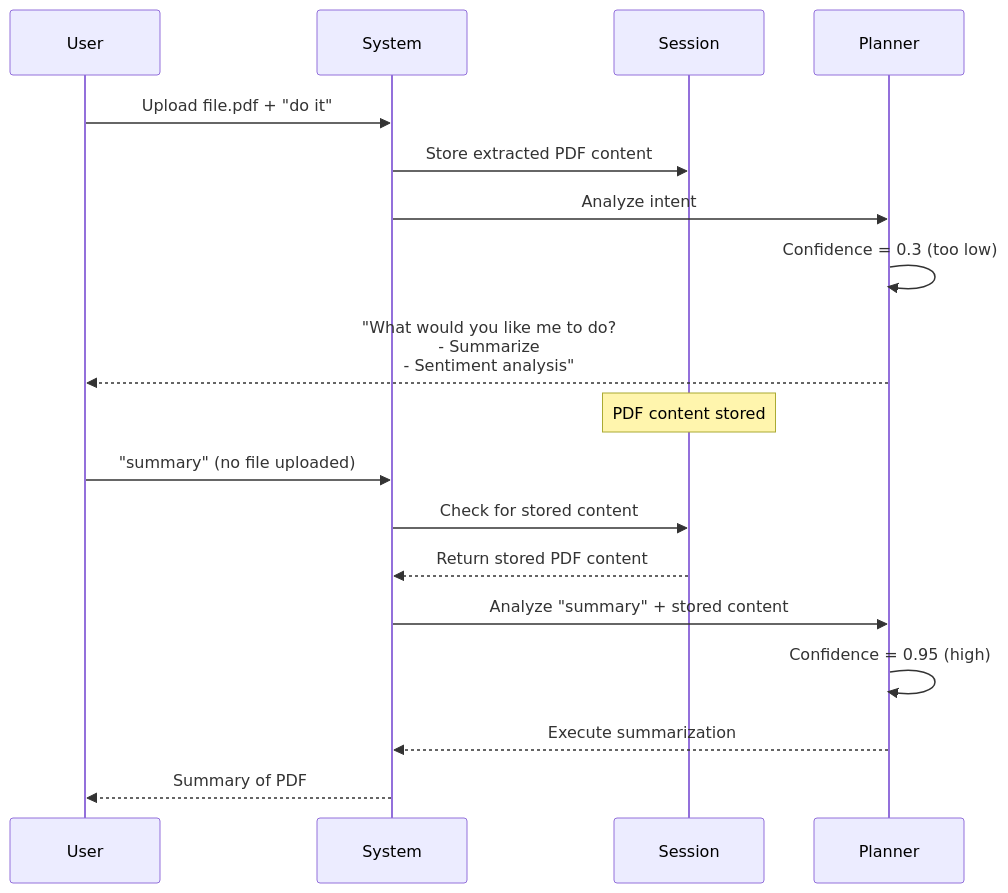
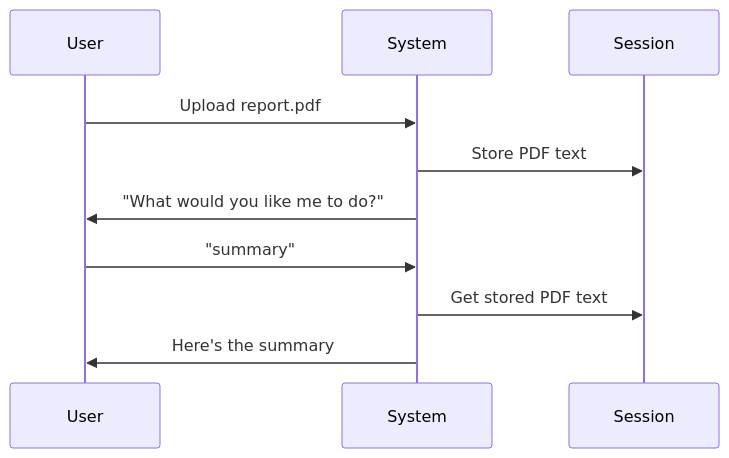
The fifth of 7 diagrams in ARCHITECTURE.md (aryan-balodi/DSAI), drawn with Mermaid before and after one commit. The commit also changed other lines of this file and 1 other file, not shown here.

````diff
--- a/ARCHITECTURE.md
+++ b/ARCHITECTURE.md
@@ -364,23 +87,9 @@
 ```mermaid
 sequenceDiagram
-    participant User
-    participant System
-    participant Session
-    participant Planner
-    
-    User->>System: Upload file.pdf + "do it"
-    System->>Session: Store extracted PDF content
-    System->>Planner: Analyze intent
-    Planner->>Planner: Confidence = 0.3 (too low)
-    Planner-->>User: "What would you like me to do?<br/>- Summarize<br/>- Sentiment analysis"
-    
-    Note over Session: PDF content stored
-    
-    User->>System: "summary" (no file uploaded)
-    System->>Session: Check for stored content
-    Session-->>System: Return stored PDF content
-    System->>Planner: Analyze "summary" + stored content
-    Planner->>Planner: Confidence = 0.95 (high)
-    Planner-->>System: Execute summarization
-    System-->>User: Summary of PDF
+    User->>System: Upload report.pdf
+    System->>Session: Store PDF text
+    System->>User: "What would you like me to do?"
+    User->>System: "summary"
+    System->>Session: Get stored PDF text
+    System->>User: Here's the summary
 ```
````
